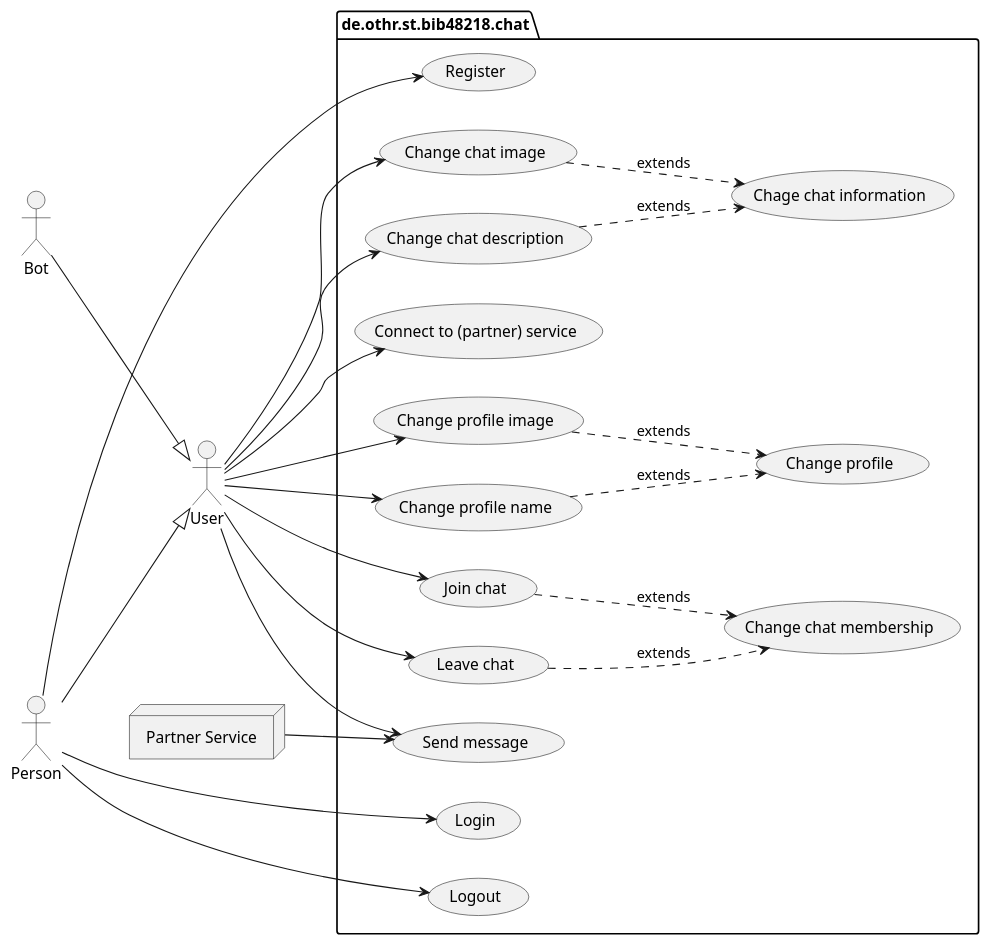
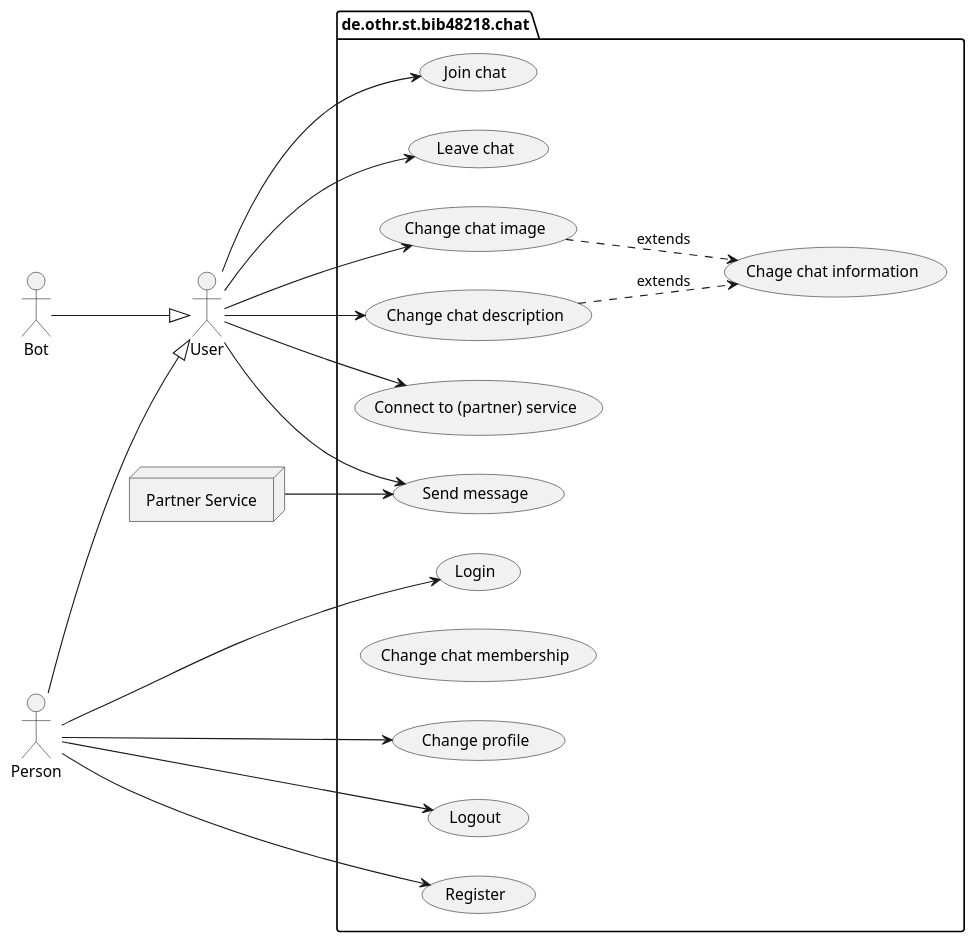
The diagram in src/doc/uml-usecase.puml (bbenno/oth-sw), drawn with PlantUML before and after one commit.

Commit message:
Change UC "change profile"

```diff
--- a/src/doc/uml-usecase.puml
+++ b/src/doc/uml-usecase.puml
@@ -1,55 +1,48 @@
 @startuml chat-usecase
 skinparam monochrome true
 left to right direction
 
 ' actors
 actor "User" as u
 actor "Person" as p
 actor "Bot" as b
 node "Partner Service" as s
 
 ' actor hierarchy
 p -down-|> u
 b -down-|> u
 
 ' use cases
 package "de.othr.st.bib48218.chat" {
   usecase "Login" as oUC1
   usecase "Logout" as oUC2
   usecase "Register" as oUC3
-  usecase "Change profile image" as oUC4
-  usecase "Change profile name" as oUC5
-  usecase "Change profile" as oeUC1
-  oUC4 ..> oeUC1 : extends
-  oUC5 ..> oeUC1 : extends
+  usecase "Change profile" as oUC4
 
   usecase "Send message" as mUC
   ' Chating use cases
   usecase "Join chat" as cUC1
   usecase "Leave chat" as cUC2
   usecase "Change chat membership" as ceUC2
   usecase "Change chat image" as cUC3
   usecase "Change chat description" as cUC4
   usecase "Chage chat information" as ceUC1
-  cUC1 ..> ceUC2 : extends
-  cUC2 ..> ceUC2 : extends
   cUC3 ..> ceUC1 : extends
   cUC4 ..> ceUC1 : extends
   ' Connecting to partners use cases
   usecase "Connect to (partner) service" as pUC
 }
 
 '  link actor User with use cases
 p --> oUC1
 p --> oUC2
 p --> oUC3
-u --> oUC4
-u --> oUC5
+p --> oUC4
 s --> mUC
 u --> mUC
 u --> cUC1
 u --> cUC2
 u --> cUC3
 u --> cUC4
 u --> pUC
 @enduml
```
